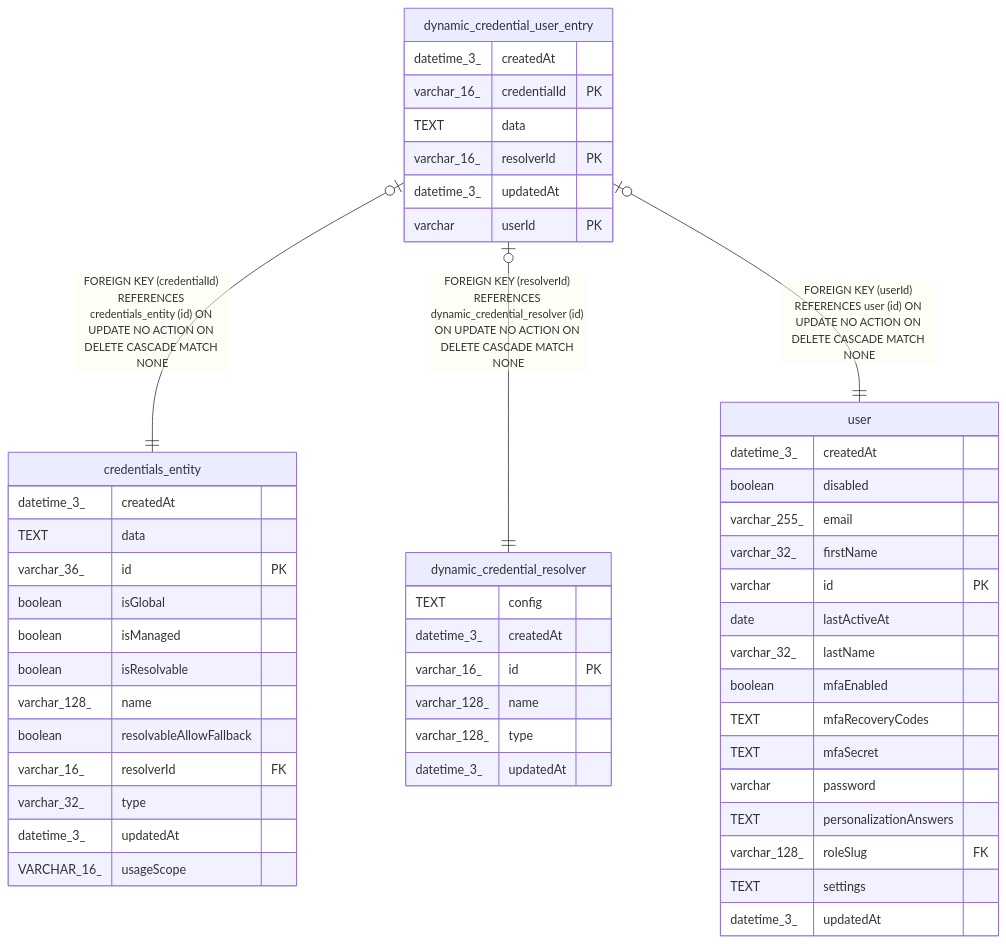
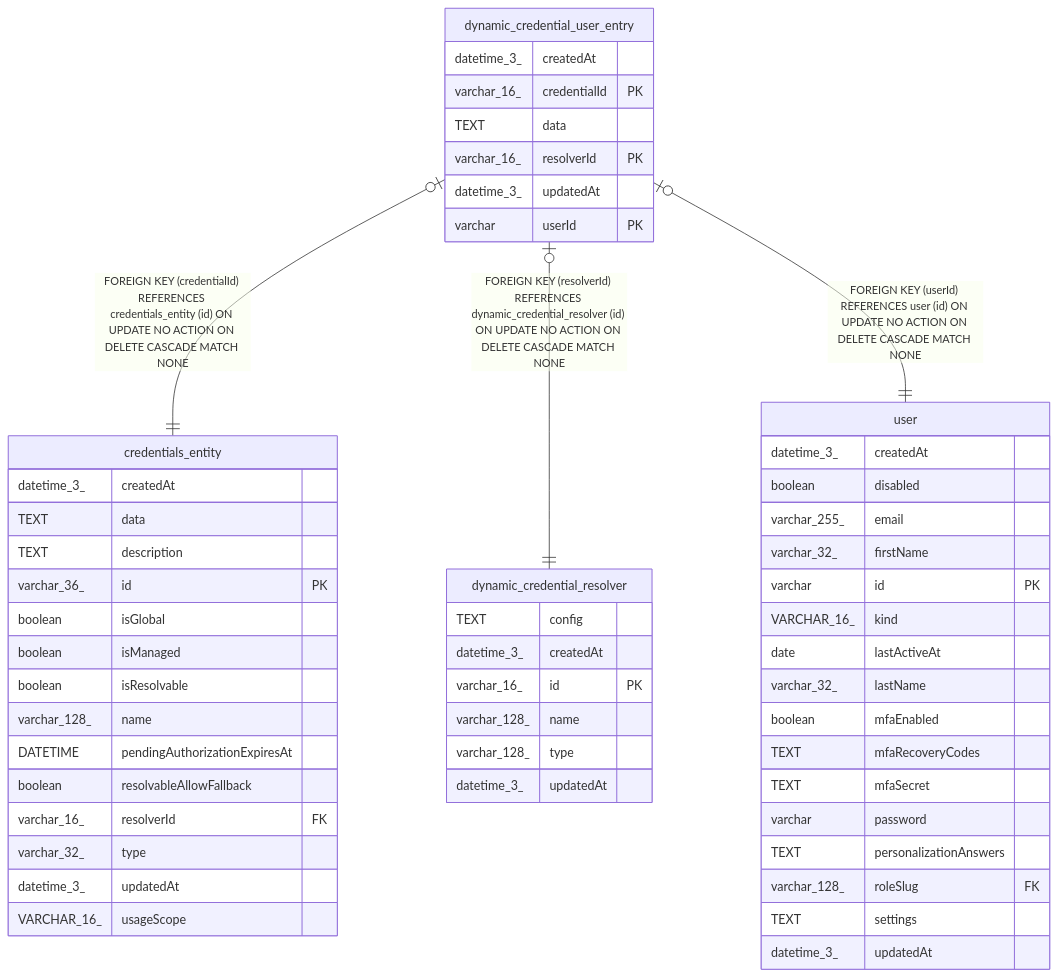
The diagram in n8n_integration/n8n_source/docs/generated/sqlite-schema/dynamic_credential_user_entry.md (koreatest12/studys), drawn with Mermaid before and after one commit. The commit also changed 23019 other files, not shown here.

````diff
--- a/n8n_integration/n8n_source/docs/generated/sqlite-schema/dynamic_credential_user_entry.md
+++ b/n8n_integration/n8n_source/docs/generated/sqlite-schema/dynamic_credential_user_entry.md
@@ -47,55 +47,58 @@
 ```mermaid
 erDiagram
 
 "dynamic_credential_user_entry" |o--|| "credentials_entity" : "FOREIGN KEY (credentialId) REFERENCES credentials_entity (id) ON UPDATE NO ACTION ON DELETE CASCADE MATCH NONE"
 "dynamic_credential_user_entry" |o--|| "dynamic_credential_resolver" : "FOREIGN KEY (resolverId) REFERENCES dynamic_credential_resolver (id) ON UPDATE NO ACTION ON DELETE CASCADE MATCH NONE"
 "dynamic_credential_user_entry" |o--|| "user" : "FOREIGN KEY (userId) REFERENCES user (id) ON UPDATE NO ACTION ON DELETE CASCADE MATCH NONE"
 
 "dynamic_credential_user_entry" {
   datetime_3_ createdAt
   varchar_16_ credentialId PK
   TEXT data
   varchar_16_ resolverId PK
   datetime_3_ updatedAt
   varchar userId PK
 }
 "credentials_entity" {
   datetime_3_ createdAt
   TEXT data
+  TEXT description
   varchar_36_ id PK
   boolean isGlobal
   boolean isManaged
   boolean isResolvable
   varchar_128_ name
+  DATETIME pendingAuthorizationExpiresAt
   boolean resolvableAllowFallback
   varchar_16_ resolverId FK
   varchar_32_ type
   datetime_3_ updatedAt
   VARCHAR_16_ usageScope
 }
 "dynamic_credential_resolver" {
   TEXT config
   datetime_3_ createdAt
   varchar_16_ id PK
   varchar_128_ name
   varchar_128_ type
   datetime_3_ updatedAt
 }
 "user" {
   datetime_3_ createdAt
   boolean disabled
   varchar_255_ email
   varchar_32_ firstName
   varchar id PK
+  VARCHAR_16_ kind
   date lastActiveAt
   varchar_32_ lastName
   boolean mfaEnabled
   TEXT mfaRecoveryCodes
   TEXT mfaSecret
   varchar password
   TEXT personalizationAnswers
   varchar_128_ roleSlug FK
   TEXT settings
   datetime_3_ updatedAt
 }
 ```
````
